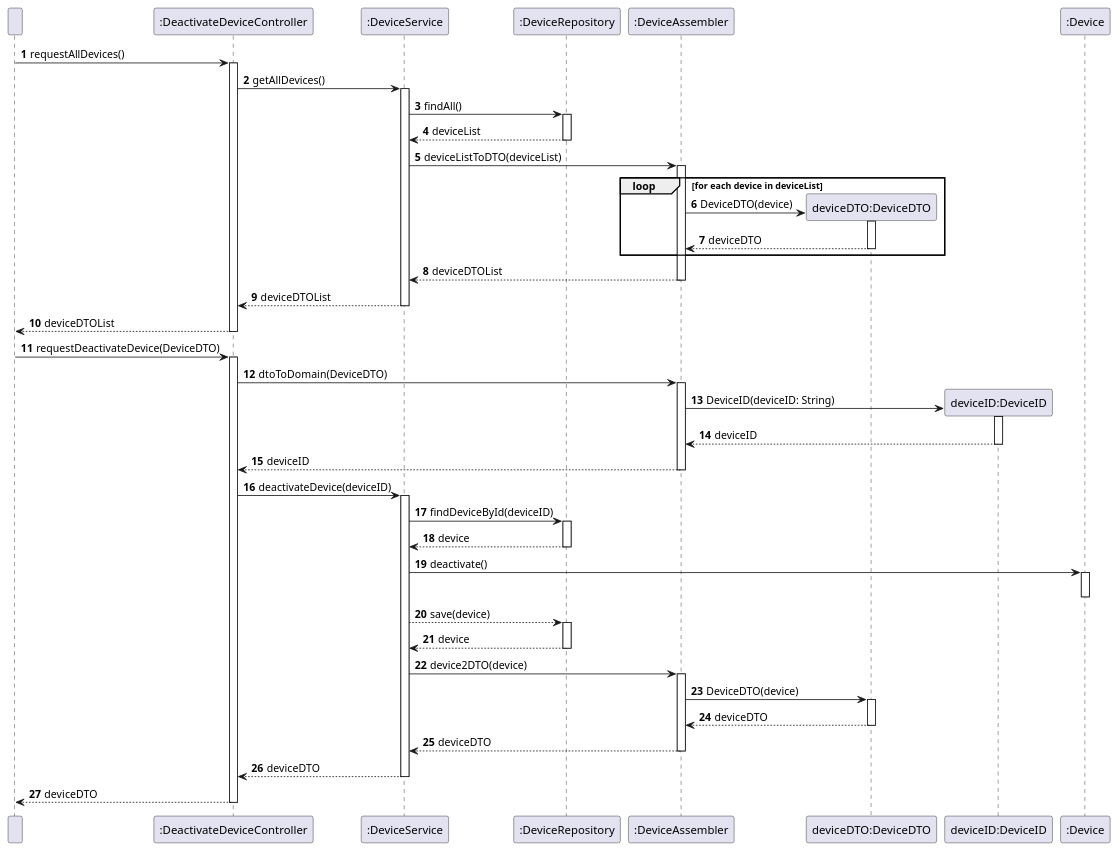
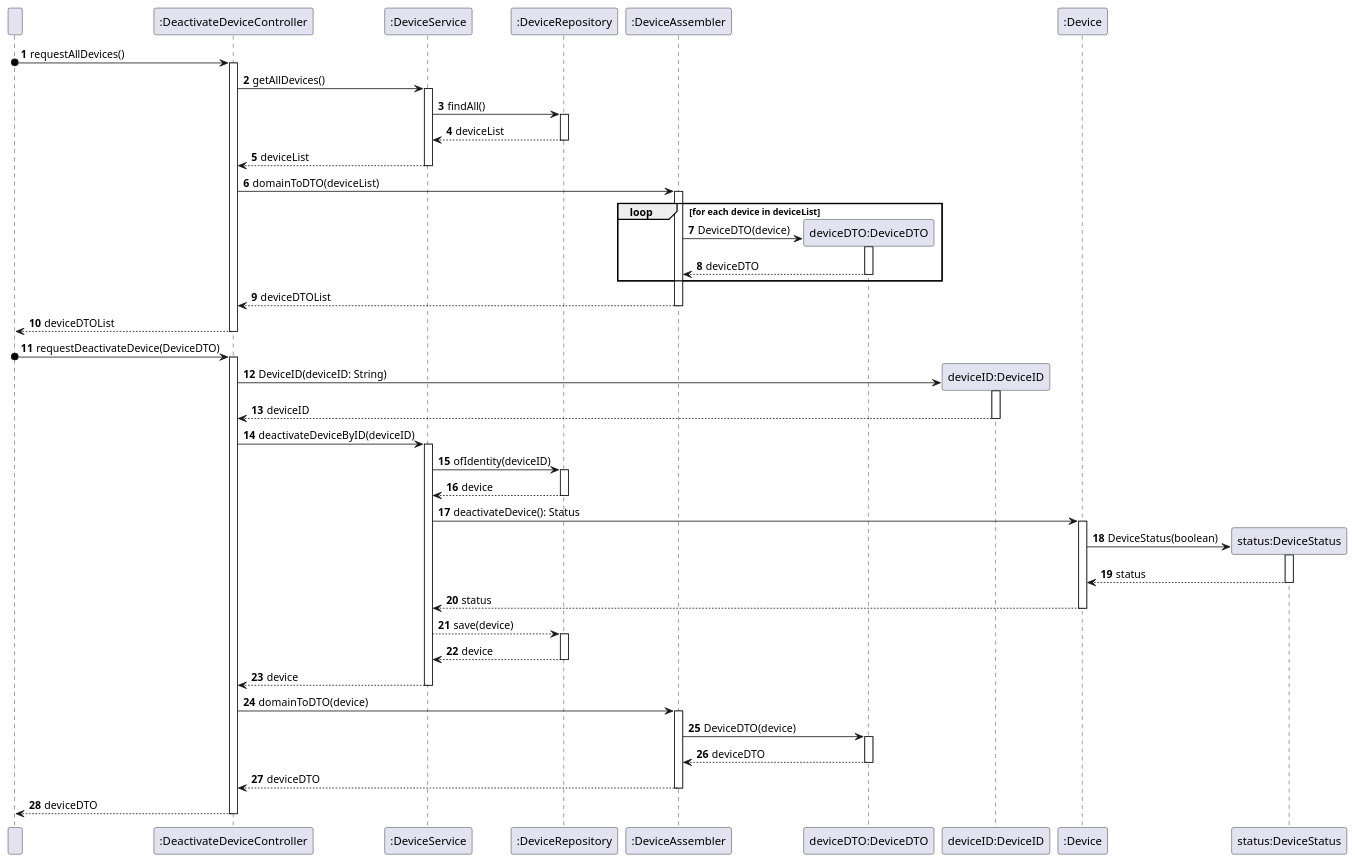
One commit to olivDiogo/SmartHome changed the diagram in docs/userStories/us08/artifacts/US08SD.puml. Above: the diagram before and after it, drawn with PlantUML.

Commit message:
fix: update SD US08
closes #110

```diff
--- a/docs/userStories/us08/artifacts/US08SD.puml
+++ b/docs/userStories/us08/artifacts/US08SD.puml
@@ -1,93 +1,84 @@
 @startuml
 'https://plantuml.com/sequence-diagram
 
 autonumber
 
     participant " " as User
     participant ":DeactivateDeviceController" as Controller
     participant ":DeviceService" as Service
     participant ":DeviceRepository" as Repository
     participant ":DeviceAssembler" as Assembler
     participant "deviceDTO:DeviceDTO" as DTO
     participant "deviceID:DeviceID" as DeviceID
     participant ":Device" as Device
+    participant "status:DeviceStatus" as Status
 
 ' Request all devices
 
-    User -> Controller: requestAllDevices()
+    User o-> Controller: requestAllDevices()
     activate Controller
     Controller -> Service: getAllDevices()
     activate Service
     Service -> Repository: findAll()
     activate Repository
     Repository --> Service: deviceList
     deactivate Repository
+    Service --> Controller: deviceList
+    deactivate Service
 
-    Service -> Assembler: deviceListToDTO(deviceList)
+    Controller -> Assembler: domainToDTO(deviceList)
     activate Assembler
     loop for each device in deviceList
         create DTO
         Assembler -> DTO: DeviceDTO(device)
         activate DTO
         DTO --> Assembler: deviceDTO
         deactivate DTO
     end
-    Assembler --> Service: deviceDTOList
+    Assembler --> Controller: deviceDTOList
     deactivate Assembler
-
-    Service --> Controller: deviceDTOList
-    deactivate Service
     Controller --> User: deviceDTOList
     deactivate Controller
 
 ' Deactivate device
 
-    User -> Controller: requestDeactivateDevice(DeviceDTO)
+    User o-> Controller: requestDeactivateDevice(DeviceDTO)
     activate Controller
-    Controller -> Assembler: dtoToDomain(DeviceDTO)
-    activate Assembler
     create DeviceID
-    Assembler -> DeviceID: DeviceID(deviceID: String)
+    Controller -> DeviceID: DeviceID(deviceID: String)
     activate DeviceID
-    DeviceID --> Assembler: deviceID
+    DeviceID --> Controller: deviceID
     deactivate DeviceID
-    Assembler --> Controller: deviceID
-    deactivate Assembler
-
-
-    Controller -> Service: deactivateDevice(deviceID)
+    Controller -> Service: deactivateDeviceByID(deviceID)
     activate Service
-    Service -> Repository: findDeviceById(deviceID)
+    Service -> Repository: ofIdentity(deviceID)
     activate Repository
     Repository --> Service: device
     deactivate Repository
-
-   Service -> Device: deactivate()
-   activate Device
-   ' The deactivate() method internally updates the Device's status to inactive.
-   ' This is an internal detail, so the creation/modification of the status value object is not explicitly represented.
-   deactivate Device
-
-   Service --> Repository: save(device)
-   ' Updated to save the whole device, reflecting the change in status.
-   activate Repository
-   Repository --> Service: device
-   ' The Repository confirms the save operation, potentially returning a status or acknowledgment.
-   deactivate Repository
-
-
-    Service -> Assembler: device2DTO(device)
+    Service -> Device: deactivateDevice(): Status
+    activate Device
+    create Status
+    Device -> Status: DeviceStatus(boolean)
+    activate Status
+    Status --> Device: status
+    deactivate Status
+    Device --> Service: status
+    deactivate Device
+    Service --> Repository: save(device)
+    activate Repository
+    Repository --> Service: device
+    deactivate Repository
+    Service --> Controller: device
+    deactivate Service
+    Controller-> Assembler: domainToDTO(device)
     activate Assembler
     Assembler -> DTO: DeviceDTO(device)
     activate DTO
     DTO --> Assembler: deviceDTO
     deactivate DTO
-    Assembler --> Service: deviceDTO
+    Assembler --> Controller: deviceDTO
     deactivate Assembler
-
-    Service --> Controller: deviceDTO
-    deactivate Service
     Controller --> User: deviceDTO
     deactivate Controller
 
 @enduml
```
